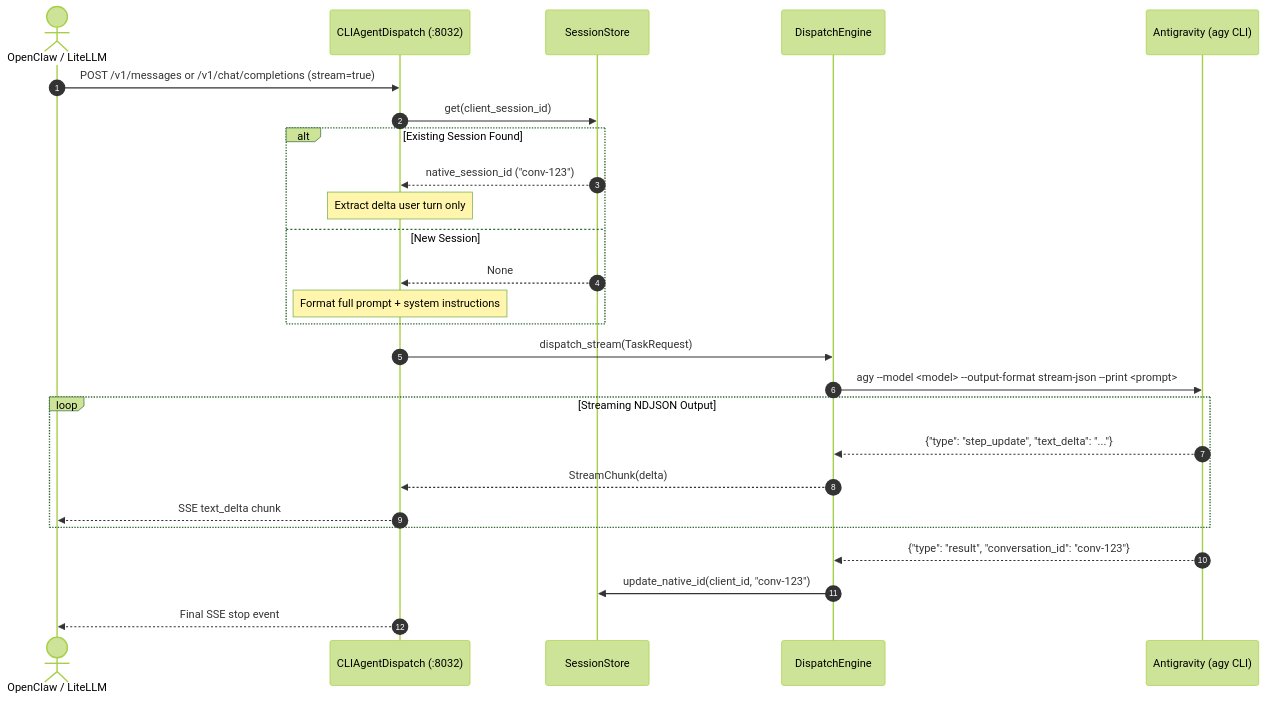
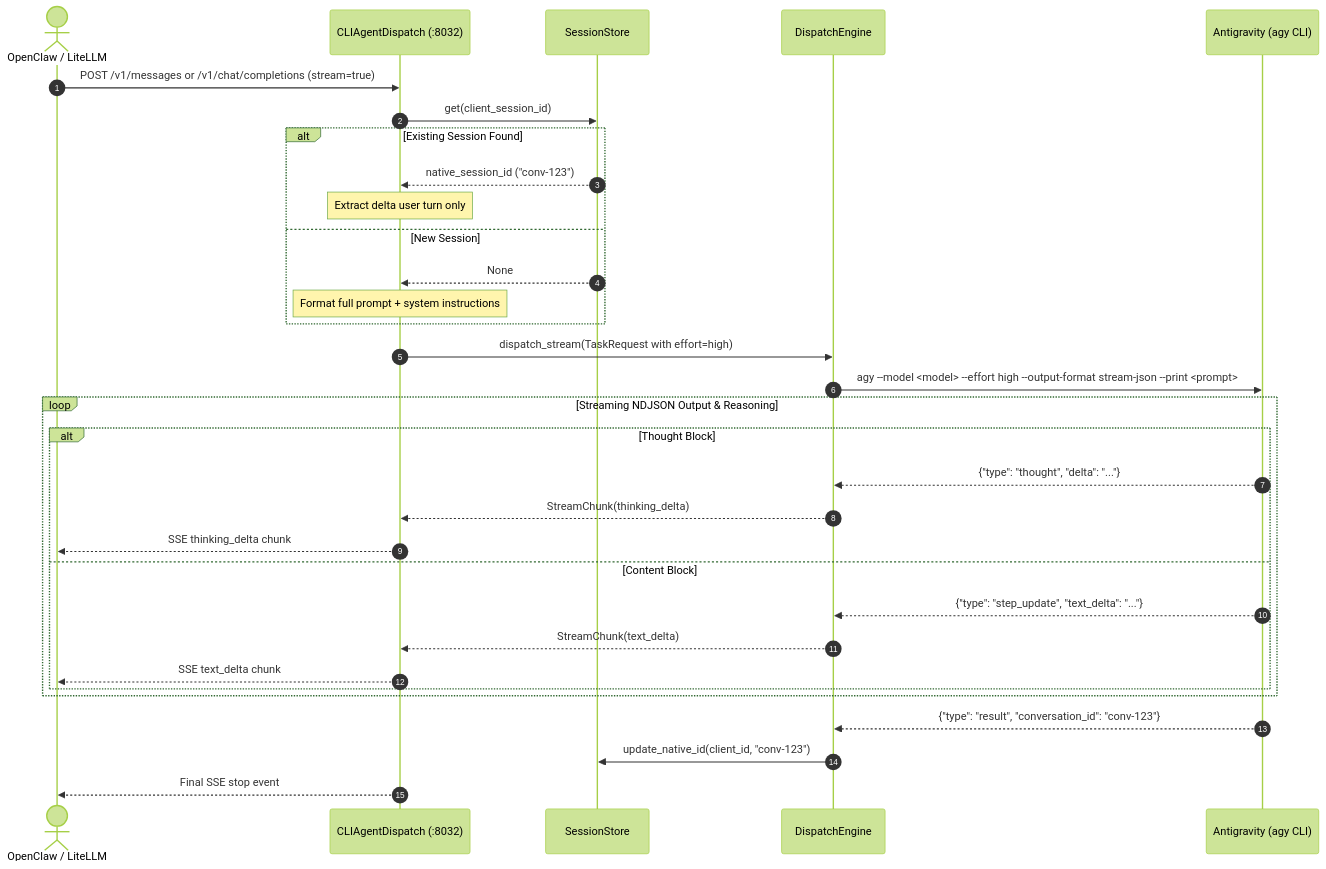
One commit to spelech/CLIAgentDispatch changed the second of 5 diagrams in ARCHITECTURE.md. Above: the diagram before and after it, drawn with Mermaid (forest theme). The commit also changed other lines of this file and 9 other files, not shown here.

````diff
--- a/ARCHITECTURE.md
+++ b/ARCHITECTURE.md
@@ -56,29 +66,35 @@
 ```mermaid
 sequenceDiagram
     autonumber
     actor Client as OpenClaw / LiteLLM
     participant Gateway as CLIAgentDispatch (:8032)
     participant Store as SessionStore
     participant Engine as DispatchEngine
     participant Agy as Antigravity (agy CLI)
 
     Client->>Gateway: POST /v1/messages or /v1/chat/completions (stream=true)
     Gateway->>Store: get(client_session_id)
     alt Existing Session Found
         Store-->>Gateway: native_session_id ("conv-123")
         Note over Gateway: Extract delta user turn only
     else New Session
         Store-->>Gateway: None
         Note over Gateway: Format full prompt + system instructions
     end
-    Gateway->>Engine: dispatch_stream(TaskRequest)
-    Engine->>Agy: agy --model <model> --output-format stream-json --print <prompt>
-    loop Streaming NDJSON Output
-        Agy-->>Engine: {"type": "step_update", "text_delta": "..."}
-        Engine-->>Gateway: StreamChunk(delta)
-        Gateway-->>Client: SSE text_delta chunk
+    Gateway->>Engine: dispatch_stream(TaskRequest with effort=high)
+    Engine->>Agy: agy --model <model> --effort high --output-format stream-json --print <prompt>
+    loop Streaming NDJSON Output & Reasoning
+        alt Thought Block
+            Agy-->>Engine: {"type": "thought", "delta": "..."}
+            Engine-->>Gateway: StreamChunk(thinking_delta)
+            Gateway-->>Client: SSE thinking_delta chunk
+        else Content Block
+            Agy-->>Engine: {"type": "step_update", "text_delta": "..."}
+            Engine-->>Gateway: StreamChunk(text_delta)
+            Gateway-->>Client: SSE text_delta chunk
+        end
     end
     Agy-->>Engine: {"type": "result", "conversation_id": "conv-123"}
     Engine->>Store: update_native_id(client_id, "conv-123")
     Gateway-->>Client: Final SSE stop event
 ```
````
